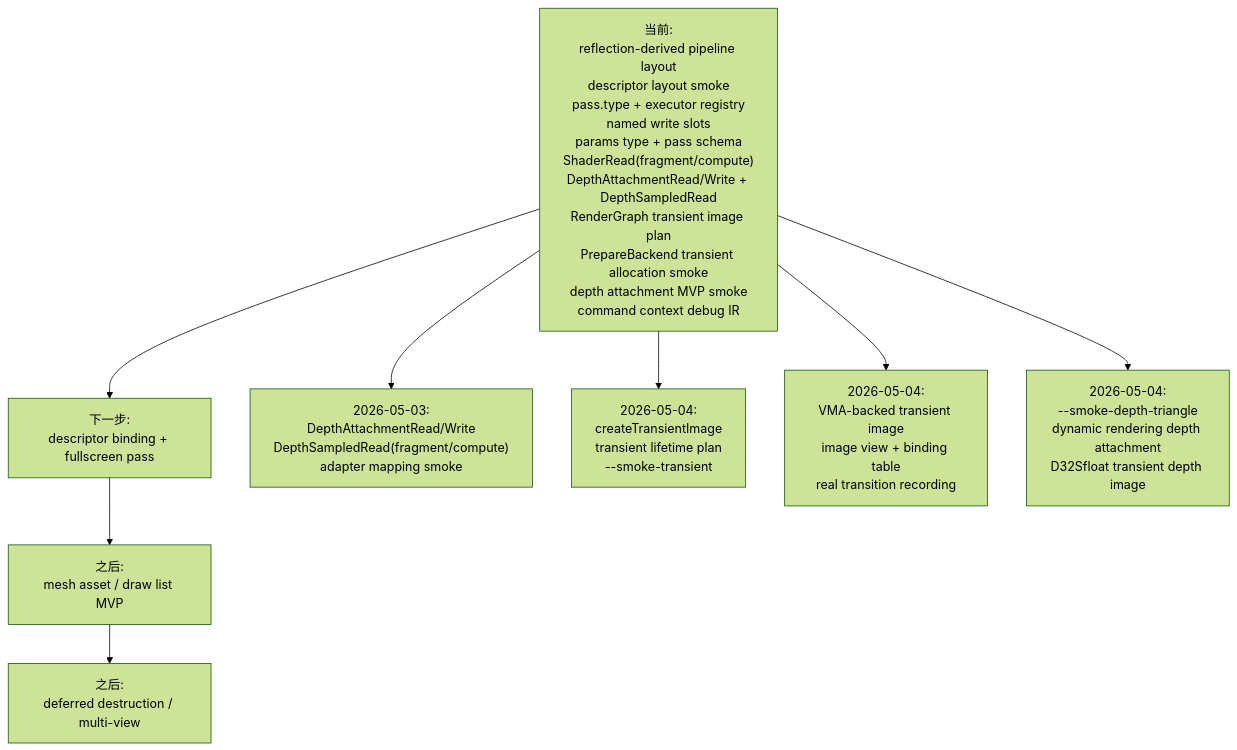
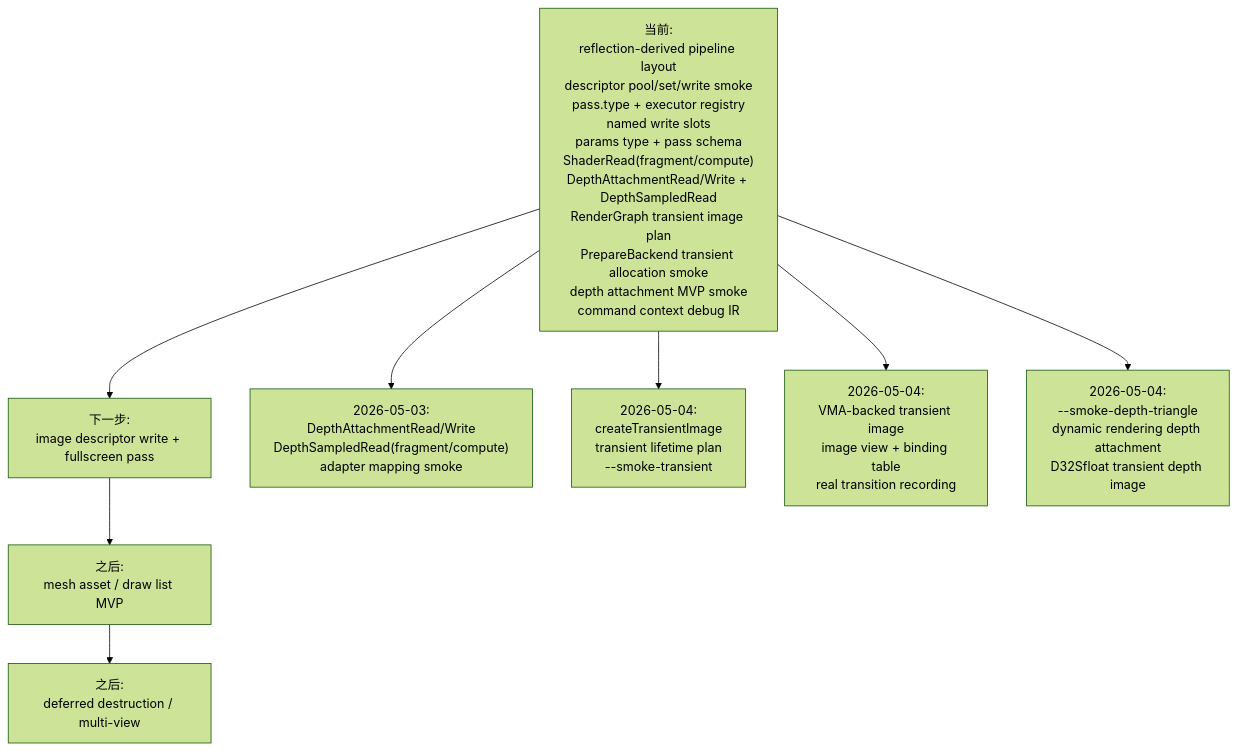
Diagram 11 of 11 in docs/flow-architecture.md (66six11/Engine), drawn with Mermaid (forest theme) before and after one commit. The commit also changed other lines of this file and 6 other files, not shown here.

Commit message:
feat: add descriptor set allocation smoke

````diff
--- a/docs/flow-architecture.md
+++ b/docs/flow-architecture.md
@@ -377,18 +380,18 @@
 ```mermaid
 flowchart TD
-    Now["当前:<br/>reflection-derived pipeline layout<br/>descriptor layout smoke<br/>pass.type + executor registry<br/>named write slots<br/>params type + pass schema<br/>ShaderRead(fragment/compute)<br/>DepthAttachmentRead/Write + DepthSampledRead<br/>RenderGraph transient image plan<br/>PrepareBackend transient allocation smoke<br/>depth attachment MVP smoke<br/>command context debug IR"]
-    Step1["下一步:<br/>descriptor binding + fullscreen pass"]
+    Now["当前:<br/>reflection-derived pipeline layout<br/>descriptor pool/set/write smoke<br/>pass.type + executor registry<br/>named write slots<br/>params type + pass schema<br/>ShaderRead(fragment/compute)<br/>DepthAttachmentRead/Write + DepthSampledRead<br/>RenderGraph transient image plan<br/>PrepareBackend transient allocation smoke<br/>depth attachment MVP smoke<br/>command context debug IR"]
+    Step1["下一步:<br/>image descriptor write + fullscreen pass"]
     Step2["之后:<br/>mesh asset / draw list MVP"]
     Step3["之后:<br/>deferred destruction / multi-view"]
 
     Now --> Step1 --> Step2 --> Step3
 
     DepthStateUpdate["2026-05-03:<br/>DepthAttachmentRead/Write<br/>DepthSampledRead(fragment/compute)<br/>adapter mapping smoke"]
     Now --> DepthStateUpdate
     TransientUpdate["2026-05-04:<br/>createTransientImage<br/>transient lifetime plan<br/>--smoke-transient"]
     Now --> TransientUpdate
     TransientVkUpdate["2026-05-04:<br/>VMA-backed transient image<br/>image view + binding table<br/>real transition recording"]
     Now --> TransientVkUpdate
     DepthTriangleUpdate["2026-05-04:<br/>--smoke-depth-triangle<br/>dynamic rendering depth attachment<br/>D32Sfloat transient depth image"]
     Now --> DepthTriangleUpdate
 ```
````
